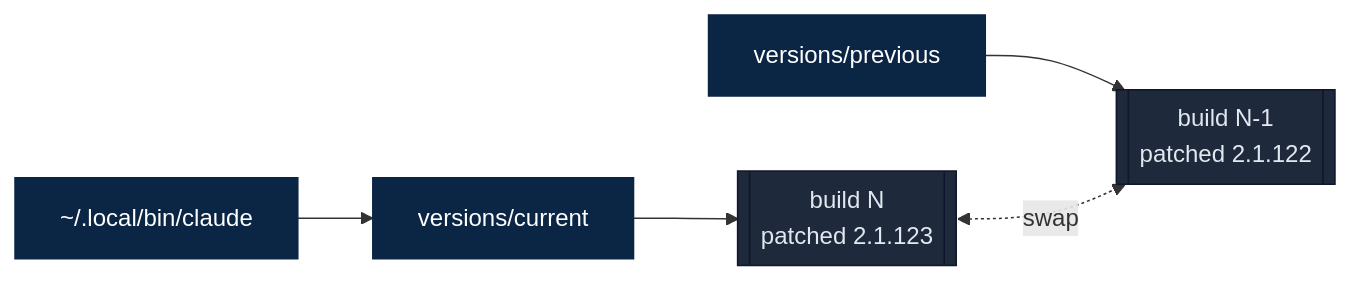
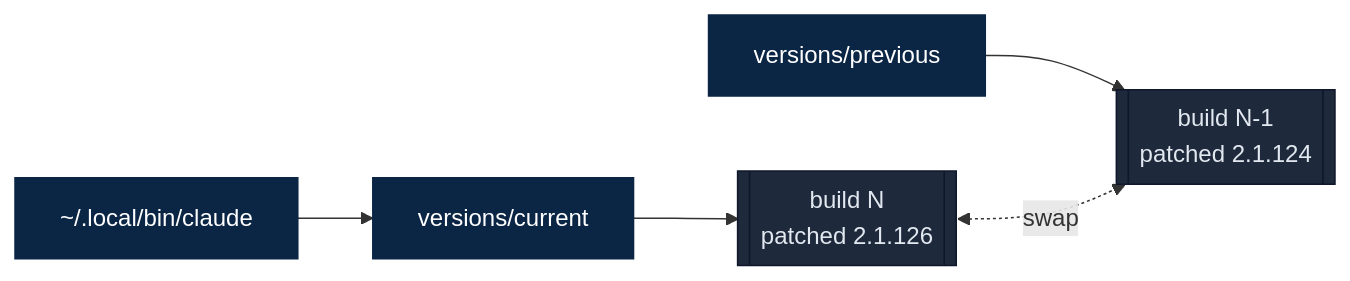
The second of 3 diagrams in README.md (camjac251/cc-enhanced), drawn with Mermaid before and after one commit. The commit also changed other lines of this file, not shown here.

````diff
--- a/README.md
+++ b/README.md
@@ -70,13 +70,13 @@
 ```mermaid
 flowchart LR
     Launcher["~/.local/bin/claude"] --> Current["versions/current"]
     Previous["versions/previous"]
-    Current --> NewBuild[["build N<br/>patched 2.1.123"]]
-    Previous --> OldBuild[["build N-1<br/>patched 2.1.122"]]
+    Current --> NewBuild[["build N<br/>patched 2.1.126"]]
+    Previous --> OldBuild[["build N-1<br/>patched 2.1.124"]]
     NewBuild <-. swap .-> OldBuild
 
     classDef sym fill:#0b2545,stroke:#0b2545,color:#fff
     classDef build fill:#1e293b,stroke:#0f172a,color:#e2e8f0
     class Launcher,Current,Previous sym
     class NewBuild,OldBuild build
 ```
````
